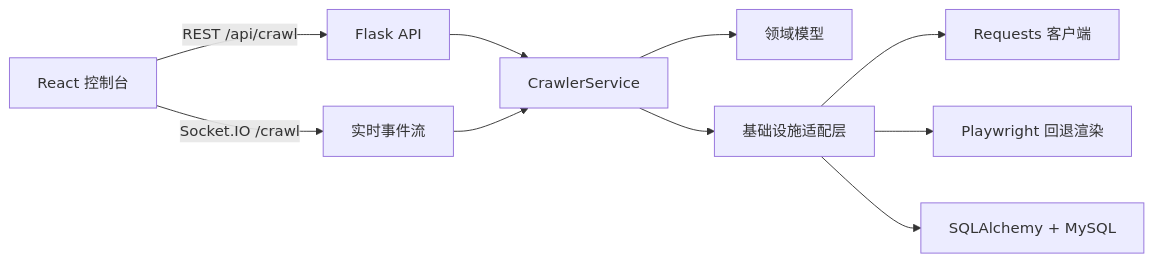
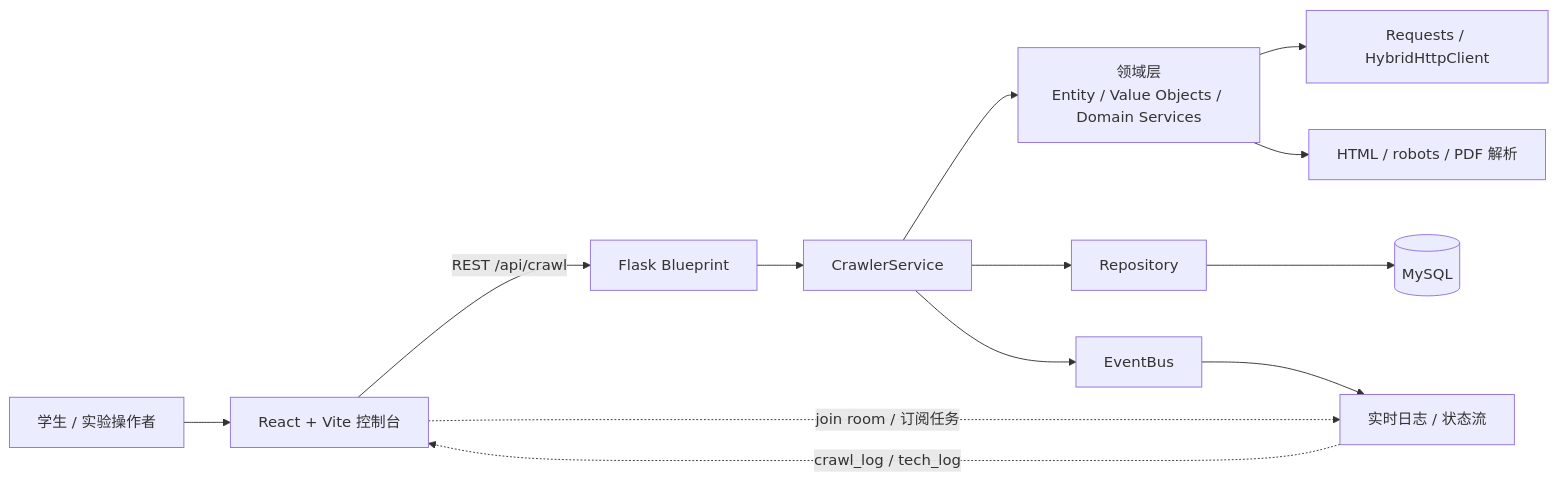
Before and after one commit to maroonxv/CrawlFlow: the first of 5 diagrams in README.md, drawn with Mermaid. The commit also changed other lines of this file, not shown here.

Commit message:
docs: enrich README architecture diagrams

````diff
--- a/README.md
+++ b/README.md
@@ -22,12 +28,15 @@
 ```mermaid
 flowchart LR
-    UI["React 控制台"] -->|"REST /api/crawl"| API["Flask API"]
-    UI -->|"Socket.IO /crawl"| WS["实时事件流"]
+    USER["学生 / 实验操作者"] --> UI["React + Vite 控制台"]
+    UI -->|"REST /api/crawl"| API["Flask Blueprint"]
+    UI -.->|"join room / 订阅任务"| WS["实时日志 / 状态流"]
+    WS -.->|"crawl_log / tech_log"| UI
     API --> APP["CrawlerService"]
-    WS --> APP
-    APP --> DOMAIN["领域模型"]
-    APP --> INFRA["基础设施适配层"]
-    INFRA --> HTTP["Requests 客户端"]
-    INFRA --> BROWSER["Playwright 回退渲染"]
-    INFRA --> DB["SQLAlchemy + MySQL"]
+    APP --> DOMAIN["领域层<br/>Entity / Value Objects / Domain Services"]
+    APP --> REPO["Repository"]
+    APP --> BUS["EventBus"]
+    DOMAIN --> HTTP["Requests / HybridHttpClient"]
+    DOMAIN --> PARSER["HTML / robots / PDF 解析"]
+    REPO --> DB[("MySQL")]
+    BUS --> WS
 ```
````
